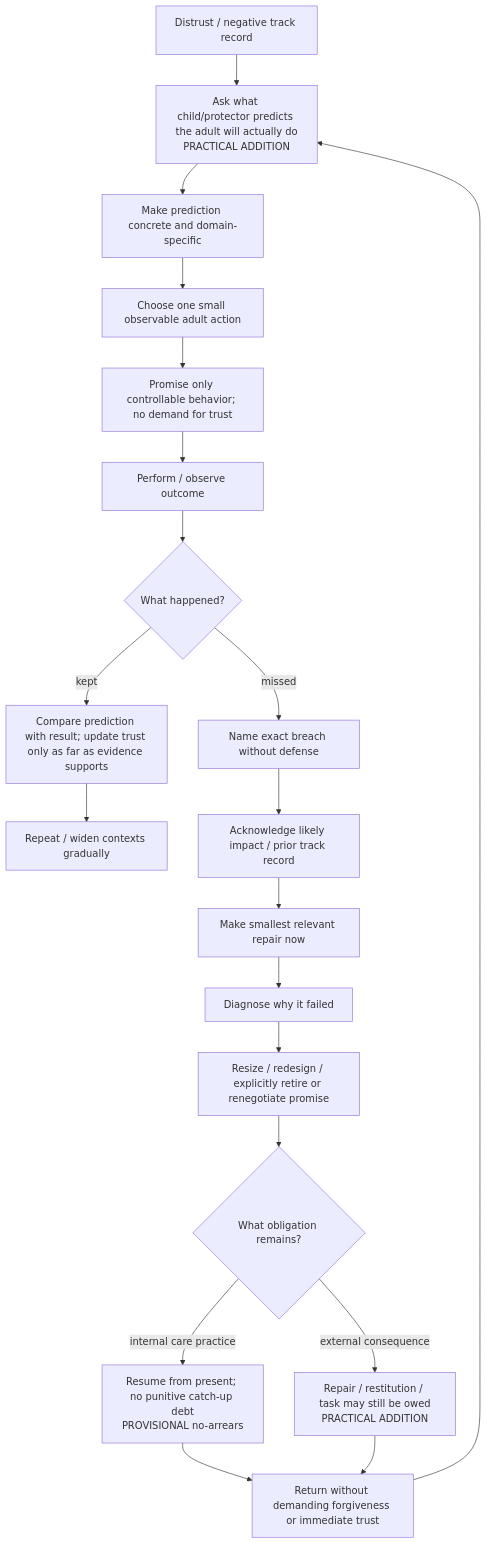
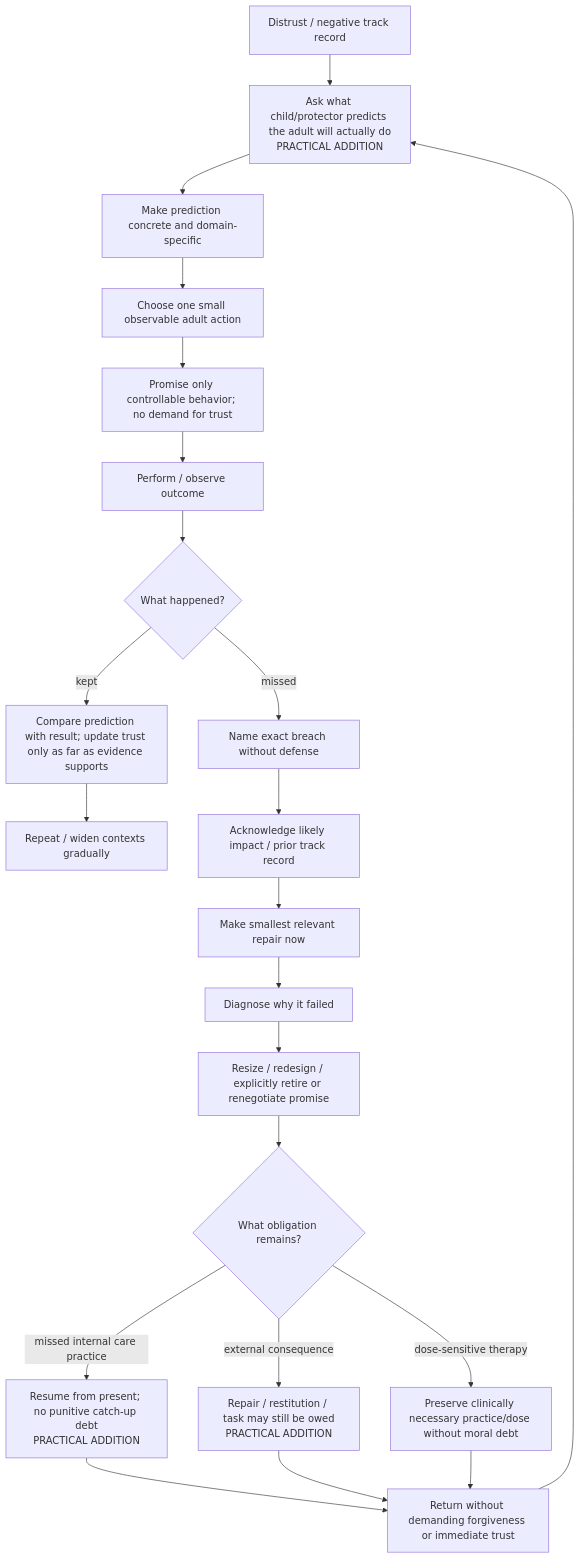
The diagram in analysis/inner_child_protocol/maps/04-TRUST-PROMISE-RUPTURE-REPAIR.md (u-dont-existDOTcom/creativeTailSampling), drawn with Mermaid before and after one commit. The commit also changed other lines of this file, not shown here.

Commit message:
Promote researched no-arrears rule to practical protocol status

````diff
--- a/analysis/inner_child_protocol/maps/04-TRUST-PROMISE-RUPTURE-REPAIR.md
+++ b/analysis/inner_child_protocol/maps/04-TRUST-PROMISE-RUPTURE-REPAIR.md
@@ -5,22 +5,24 @@
 ```mermaid
 flowchart TD
     A["Distrust / negative track record"] --> B["Ask what child/protector predicts the adult will actually do<br/>PRACTICAL ADDITION"]
     B --> C["Make prediction concrete and domain-specific"]
     C --> D["Choose one small observable adult action"]
     D --> E["Promise only controllable behavior; no demand for trust"]
     E --> F["Perform / observe outcome"]
     F --> G{"What happened?"}
     G -- "kept" --> H["Compare prediction with result; update trust only as far as evidence supports"]
     H --> I["Repeat / widen contexts gradually"]
     G -- "missed" --> J["Name exact breach without defense"]
     J --> K["Acknowledge likely impact / prior track record"]
     K --> L["Make smallest relevant repair now"]
     L --> M["Diagnose why it failed"]
     M --> N["Resize / redesign / explicitly retire or renegotiate promise"]
     N --> O{"What obligation remains?"}
-    O -- "internal care practice" --> P["Resume from present; no punitive catch-up debt<br/>PROVISIONAL no-arrears"]
+    O -- "missed internal care practice" --> P["Resume from present; no punitive catch-up debt<br/>PRACTICAL ADDITION"]
     O -- "external consequence" --> Q["Repair / restitution / task may still be owed<br/>PRACTICAL ADDITION"]
+    O -- "dose-sensitive therapy" --> S["Preserve clinically necessary practice/dose without moral debt"]
     P --> R["Return without demanding forgiveness or immediate trust"]
     Q --> R
+    S --> R
     R --> B
 ```
````
